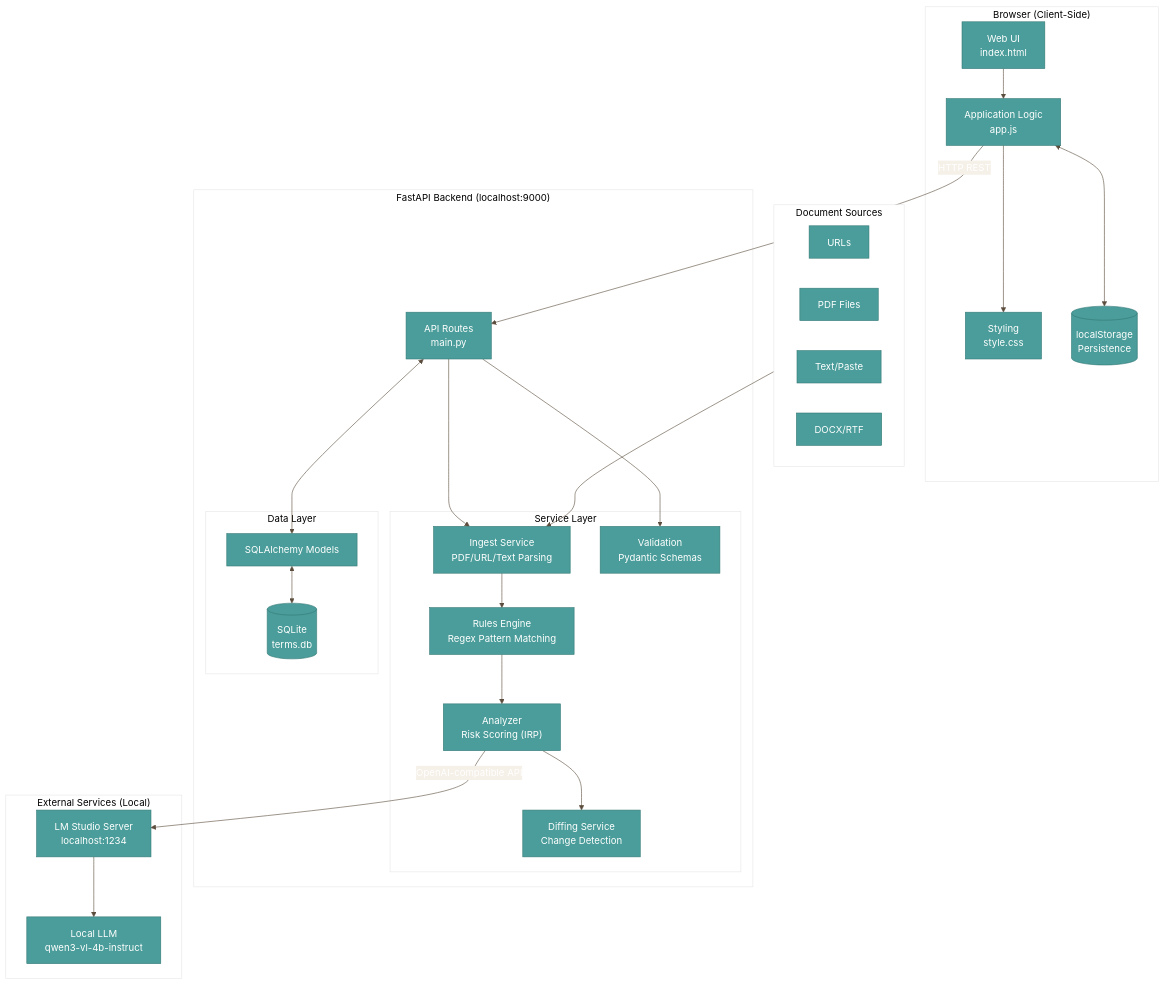
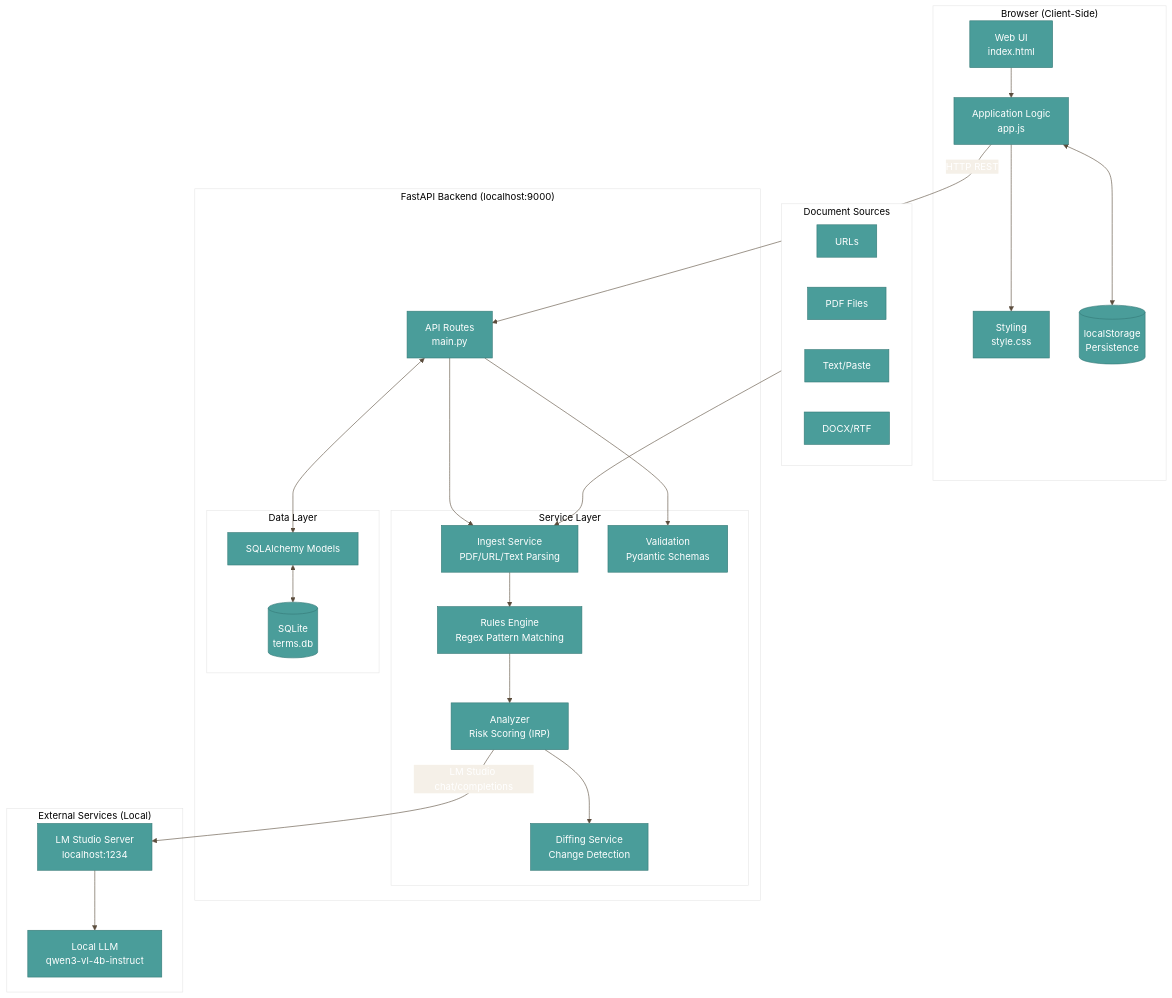
The diagram in docs/diagrams/architecture.mmd (jennifer-mckinney/terms-analysis), drawn with Mermaid before and after one commit. The commit also changed 3 other files, not shown here.

First line of the commit message:
fix: remove all OpenAI references — LM Studio is local-only

```diff
--- a/docs/diagrams/architecture.mmd
+++ b/docs/diagrams/architecture.mmd
@@ -1,64 +1,64 @@
 %%{init: {'theme': 'base', 'themeVariables': { 'primaryColor': '#4a9d9a', 'primaryTextColor': '#fff', 'primaryBorderColor': '#357a77', 'lineColor': '#5c4d3d', 'secondaryColor': '#f5f0e8', 'tertiaryColor': '#fff'}}}%%
 
 flowchart TB
     subgraph Client["Browser (Client-Side)"]
         UI["Web UI<br/>index.html"]
         JS["Application Logic<br/>app.js"]
         CSS["Styling<br/>style.css"]
         LS[("localStorage<br/>Persistence")]
     end
 
     subgraph Backend["FastAPI Backend (localhost:9000)"]
         API["API Routes<br/>main.py"]
 
         subgraph Services["Service Layer"]
             ING["Ingest Service<br/>PDF/URL/Text Parsing"]
             RUL["Rules Engine<br/>Regex Pattern Matching"]
             ANA["Analyzer<br/>Risk Scoring (IRP)"]
             VAL["Validation<br/>Pydantic Schemas"]
             DIF["Diffing Service<br/>Change Detection"]
         end
 
         subgraph Data["Data Layer"]
             DB[("SQLite<br/>terms.db")]
             MOD["SQLAlchemy Models"]
         end
     end
 
     subgraph External["External Services (Local)"]
         LM["LM Studio Server<br/>localhost:1234"]
         MODEL["Local LLM<br/>qwen3-vl-4b-instruct"]
     end
 
     subgraph DocumentSources["Document Sources"]
         URL["URLs"]
         PDF["PDF Files"]
         TXT["Text/Paste"]
         DOC["DOCX/RTF"]
     end
 
     %% Client connections
     UI --> JS
     JS --> CSS
     JS <--> LS
 
     %% API connections
     JS -->|"HTTP REST"| API
     API --> ING
     API --> VAL
 
     %% Service flow
     ING --> RUL
     RUL --> ANA
     ANA --> DIF
 
     %% LLM connection
-    ANA -->|"OpenAI-compatible API"| LM
+    ANA -->|"LM Studio chat/completions"| LM
     LM --> MODEL
 
     %% Data connections
     API <--> MOD
     MOD <--> DB
 
     %% Document sources
     DocumentSources --> ING
```
